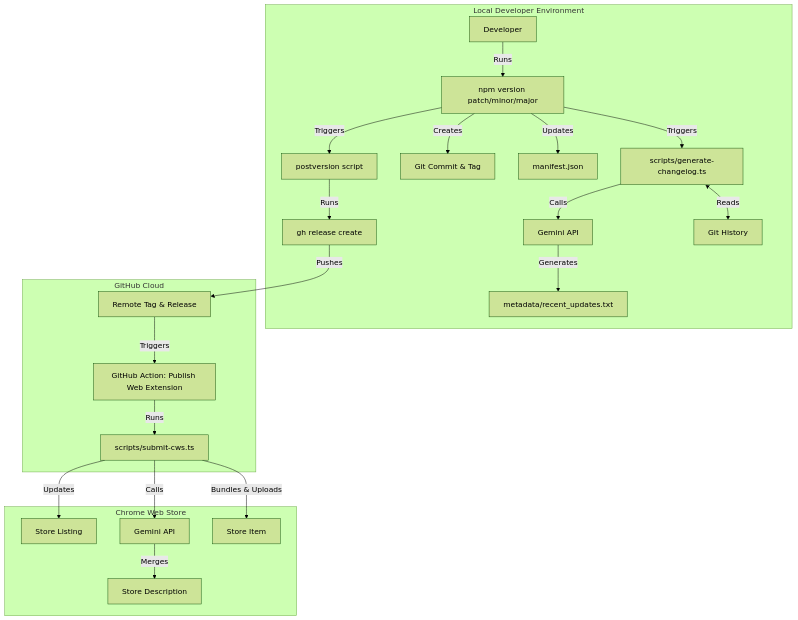
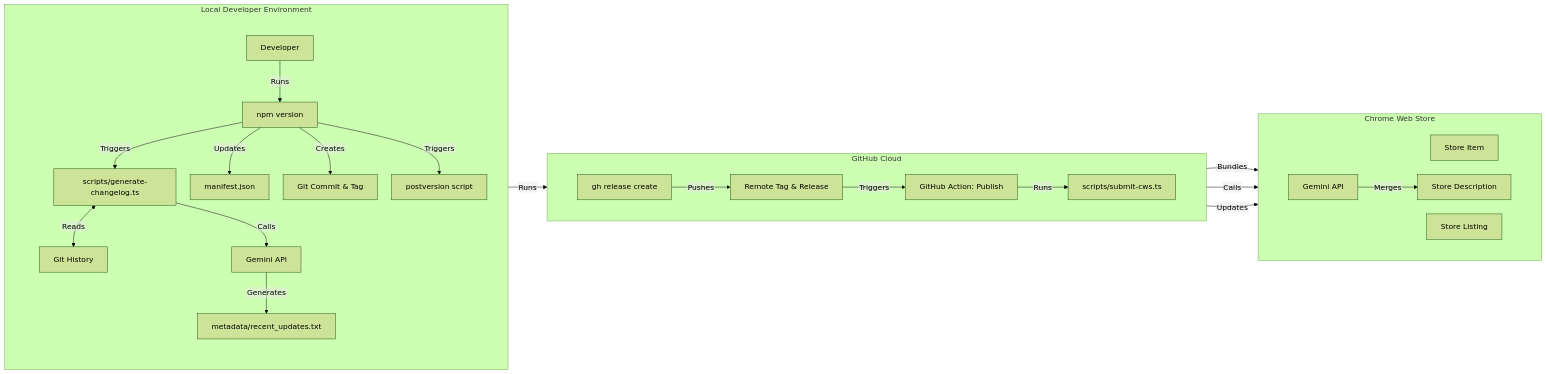
One commit to jordanblakey/url-redirector changed the diagram in docs/releasing.md. Above: the diagram before and after it, drawn with Mermaid (forest theme). The commit also changed 1 other file, not shown here.

Commit message:
docs: improve mermaid diagram layouts and represent parallel build steps.

````diff
--- a/docs/releasing.md
+++ b/docs/releasing.md
@@ -50,27 +50,54 @@
 ```mermaid
-graph TD
+%%{init: {"flowchart": {"htmlLabels": false, "nodeSpacing": 30, "rankSpacing": 40}} }%%
+graph LR
+    %% 1. LOCAL: We force this specific box to be Vertical (TB)
     subgraph Local[Local Developer Environment]
-        Dev[Developer] -->|Runs| NPM[npm version patch/minor/major]
-        NPM -->|Triggers| Changelog[scripts/generate-changelog.ts]
-        Changelog <-->|Reads| Git[Git History]
-        Changelog -->|Calls| Gemini1[Gemini API]
-        Gemini1 -->|Generates| Notes[metadata/recent_updates.txt]
-        NPM -->|Updates| Manifest[manifest.json]
-        NPM -->|Creates| CommitTag[Git Commit & Tag]
-        NPM -->|Triggers| PostVersion[postversion script]
-        PostVersion -->|Runs| GHRelease[gh release create]
+        direction TB
+
+        %% Invisible padding for title
+        subgraph PadLocal[" "]
+            style PadLocal fill:none,stroke:none
+
+            Dev[Developer] -->|Runs| NPM[npm version]
+
+            %% Because this is TB, these will branch out sideways, creating a compact 'tree'
+            NPM -->|Triggers| Changelog[scripts/generate-changelog.ts]
+            NPM -->|Updates| Manifest[manifest.json]
+            NPM -->|Creates| CommitTag[Git Commit & Tag]
+            NPM -->|Triggers| PostVersion[postversion script]
+
+            %% This sub-flow will hang below the changelog script
+            Changelog <-->|Reads| Git[Git History]
+            Changelog -->|Calls| Gemini1[Gemini API]
+            Gemini1 -->|Generates| Notes[metadata/recent_updates.txt]
+        end
     end
 
+    %% 2. GITHUB: Flows Left-to-Right
     subgraph GitHub[GitHub Cloud]
-        GHRelease -->|Pushes| RemoteTag[Remote Tag & Release]
-        RemoteTag -->|Triggers| Action[GitHub Action: Publish Web Extension]
-        Action -->|Runs| SubmitScript[scripts/submit-cws.ts]
+        direction LR
+        subgraph PadGH[" "]
+            style PadGH fill:none,stroke:none
+
+            GHRelease -->|Pushes| RemoteTag[Remote Tag & Release]
+            RemoteTag -->|Triggers| Action[GitHub Action: Publish]
+            Action -->|Runs| SubmitScript[scripts/submit-cws.ts]
+        end
     end
 
+    %% 3. CWS: Flows Left-to-Right
     subgraph CWS[Chrome Web Store]
-        SubmitScript -->|Bundles & Uploads| Store[Store Item]
-        SubmitScript -->|Calls| Gemini2[Gemini API]
-        Gemini2 -->|Merges| Desc[Store Description]
-        SubmitScript -->|Updates| Listing[Store Listing]
+        direction LR
+        subgraph PadCWS[" "]
+            style PadCWS fill:none,stroke:none
+
+            SubmitScript -->|Bundles| Store[Store Item]
+            SubmitScript -->|Calls| Gemini2[Gemini API]
+            Gemini2 -->|Merges| Desc[Store Description]
+            SubmitScript -->|Updates| Listing[Store Listing]
+        end
     end
+
+    %% Connect the two subgraphs
+    PostVersion -->|Runs| GHRelease[gh release create]
 ```
````
